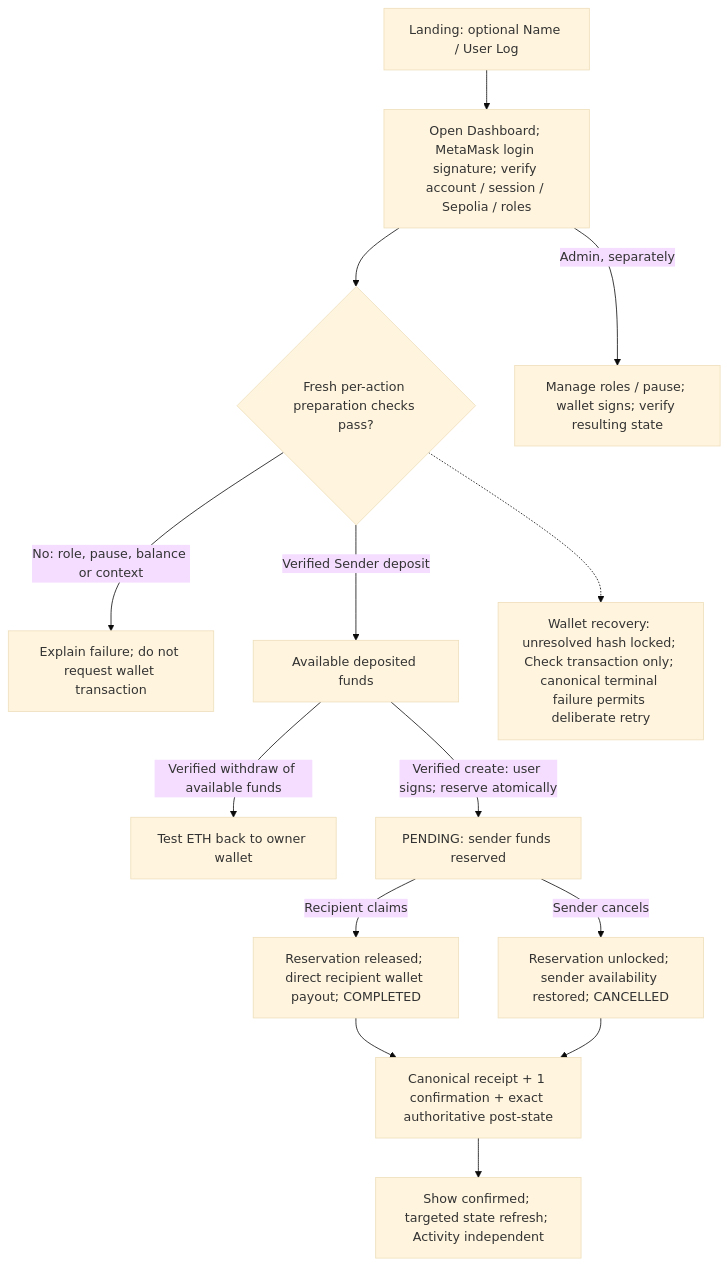
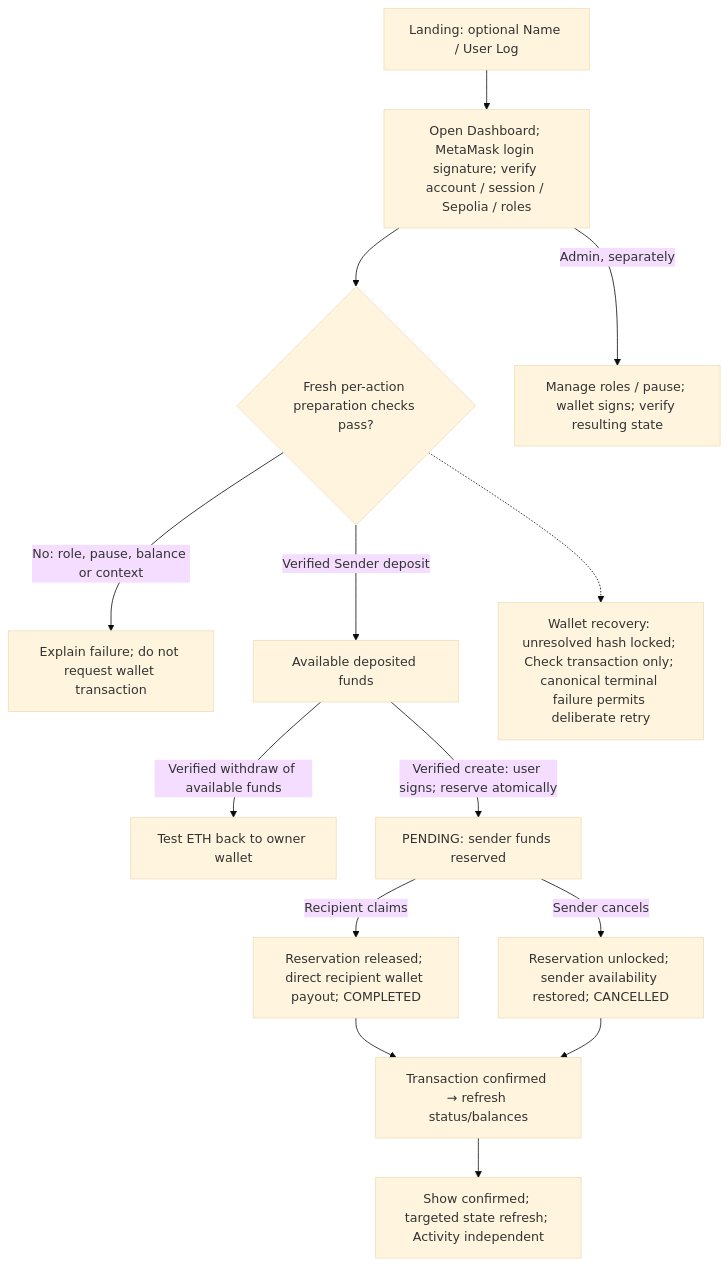
One commit to Ravin1010/SC6113-AY2026T1 changed the diagram in docs/diagrams/process-flow.mmd. Above: the diagram before and after it, drawn with Mermaid (base theme). The commit also changed 2 other files, not shown here.

Commit message:
Simplify process flow confirmation step

```diff
--- a/docs/diagrams/process-flow.mmd
+++ b/docs/diagrams/process-flow.mmd
@@ -1,14 +1,14 @@
 flowchart TB
   L["Landing: optional Name / User Log"] --> A["Open Dashboard; MetaMask login signature; verify account / session / Sepolia / roles"]
   A --> G{"Fresh per-action preparation checks pass?"}
   G -->|"No: role, pause, balance or context"| E["Explain failure; do not request wallet transaction"]
   G -->|"Verified Sender deposit"| F["Available deposited funds"]
   F -->|"Verified withdraw of available funds"| W["Test ETH back to owner wallet"]
   F -->|"Verified create: user signs; reserve atomically"| P["PENDING: sender funds reserved"]
   P -->|"Recipient claims"| C["Reservation released; direct recipient wallet payout; COMPLETED"]
   P -->|"Sender cancels"| K["Reservation unlocked; sender availability restored; CANCELLED"]
-  C --> Q["Canonical receipt + 1 confirmation + exact authoritative post-state"]
+  C --> Q["Transaction confirmed → refresh status/balances"]
   K --> Q
   Q --> U["Show confirmed; targeted state refresh; Activity independent"]
   A -->|"Admin, separately"| M["Manage roles / pause; wallet signs; verify resulting state"]
   G -.-> N["Wallet recovery: unresolved hash locked; Check transaction only; canonical terminal failure permits deliberate retry"]
```
